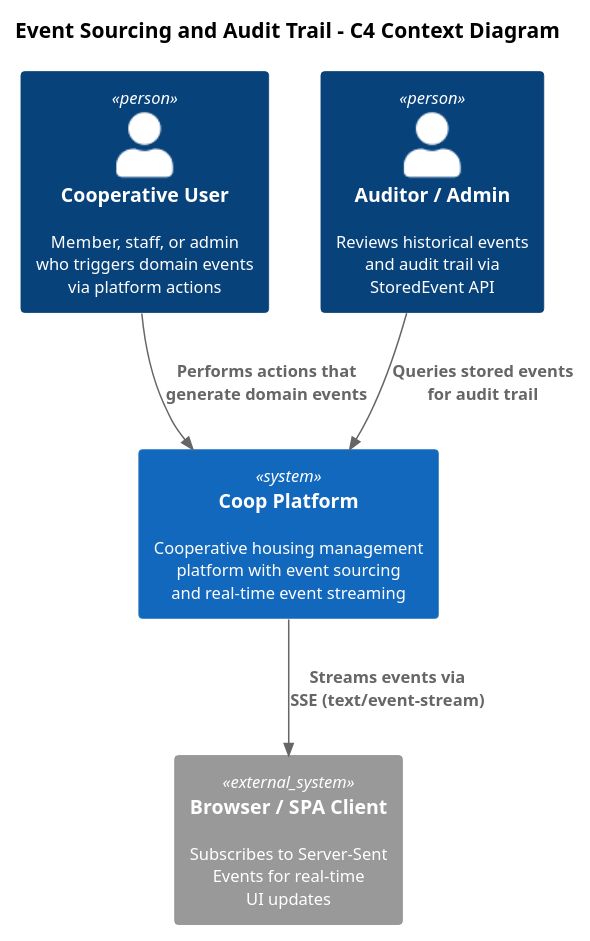
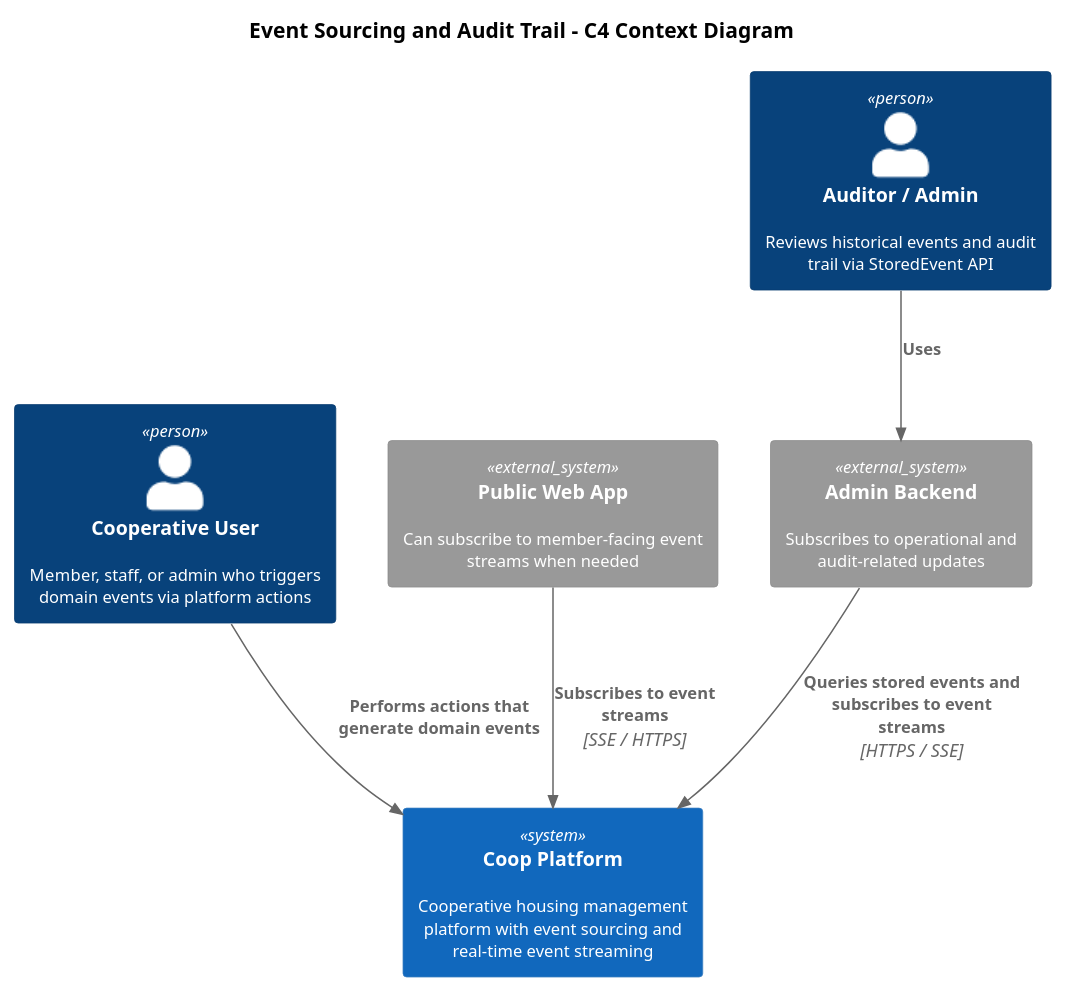
Before and after one commit to QuinntyneBrown/Coop: the diagram in docs/detailed-designs/11-event-sourcing-and-audit-trail/c4-context.puml, drawn with PlantUML. The commit also changed 4 other files, not shown here.

Commit message:
Update auth, role management, event sourcing diagrams and solution hierarchy

```diff
--- a/docs/detailed-designs/11-event-sourcing-and-audit-trail/c4-context.puml
+++ b/docs/detailed-designs/11-event-sourcing-and-audit-trail/c4-context.puml
@@ -1,22 +1,23 @@
 @startuml c4-context
 
 !include https://raw.githubusercontent.com/plantuml-stdlib/C4-PlantUML/master/C4_Context.puml
 
 skinparam defaultFontSize 11
 skinparam shadowing false
 
 title Event Sourcing and Audit Trail - C4 Context Diagram
 
-Person(user, "Cooperative User", "Member, staff, or admin\nwho triggers domain events\nvia platform actions")
+Person(user, "Cooperative User", "Member, staff, or admin who triggers domain events via platform actions")
+Person(auditor, "Auditor / Admin", "Reviews historical events and audit trail via StoredEvent API")
 
-Person(auditor, "Auditor / Admin", "Reviews historical events\nand audit trail via\nStoredEvent API")
+System(coop, "Coop Platform", "Cooperative housing management platform with event sourcing and real-time event streaming")
 
-System(coop, "Coop Platform", "Cooperative housing management\nplatform with event sourcing\nand real-time event streaming")
+System_Ext(publicApp, "Public Web App", "Can subscribe to member-facing event streams when needed")
+System_Ext(adminApp, "Admin Backend", "Subscribes to operational and audit-related updates")
 
-System_Ext(browser, "Browser / SPA Client", "Subscribes to Server-Sent\nEvents for real-time\nUI updates")
-
-Rel(user, coop, "Performs actions that\ngenerate domain events")
-Rel(auditor, coop, "Queries stored events\nfor audit trail")
-Rel(coop, browser, "Streams events via\nSSE (text/event-stream)")
+Rel(user, coop, "Performs actions that generate domain events")
+Rel(auditor, adminApp, "Uses")
+Rel(publicApp, coop, "Subscribes to event streams", "SSE / HTTPS")
+Rel(adminApp, coop, "Queries stored events and subscribes to event streams", "HTTPS / SSE")
 
 @enduml
```
